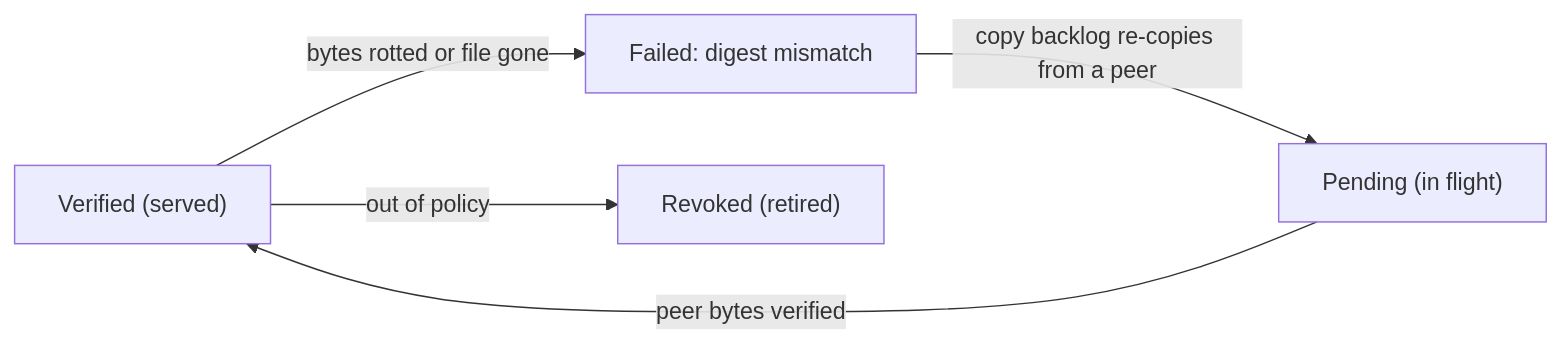
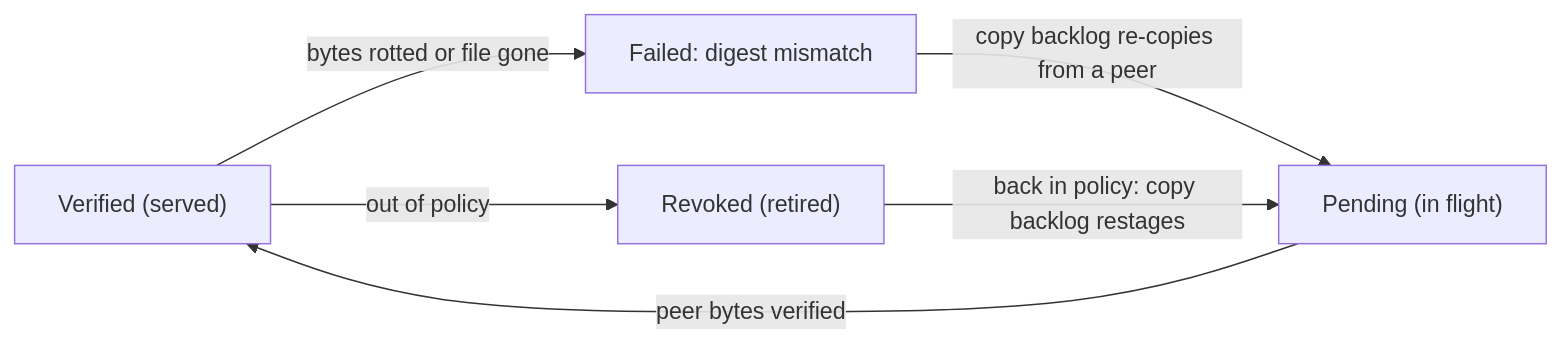
The diagram in site/diagrams/placement-reconciliation.mmd (gaborbernat/peryx), drawn with Mermaid before and after one commit. The commit also changed 14 other files, not shown here.

```diff
--- a/site/diagrams/placement-reconciliation.mmd
+++ b/site/diagrams/placement-reconciliation.mmd
@@ -1,7 +1,8 @@
 flowchart LR
   verified["Verified (served)"] --> |"bytes rotted or file gone"| failed["Failed: digest mismatch"]
   failed -->|"copy backlog re-copies from a peer"| pending["Pending (in flight)"]
   pending -->|"peer bytes verified"| verified
   verified -->|"out of policy"| revoked["Revoked (retired)"]
+  revoked -->|"back in policy: copy backlog restages"| pending
   class verified,pending good
   class failed,revoked warn
```
